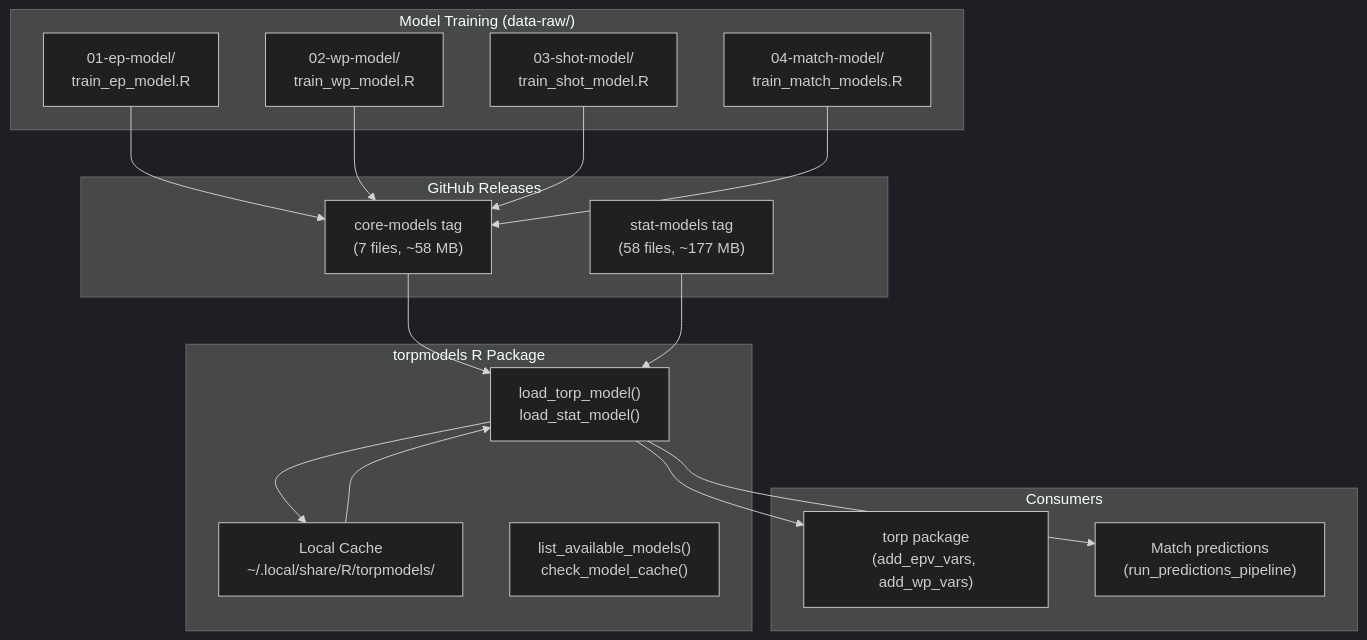
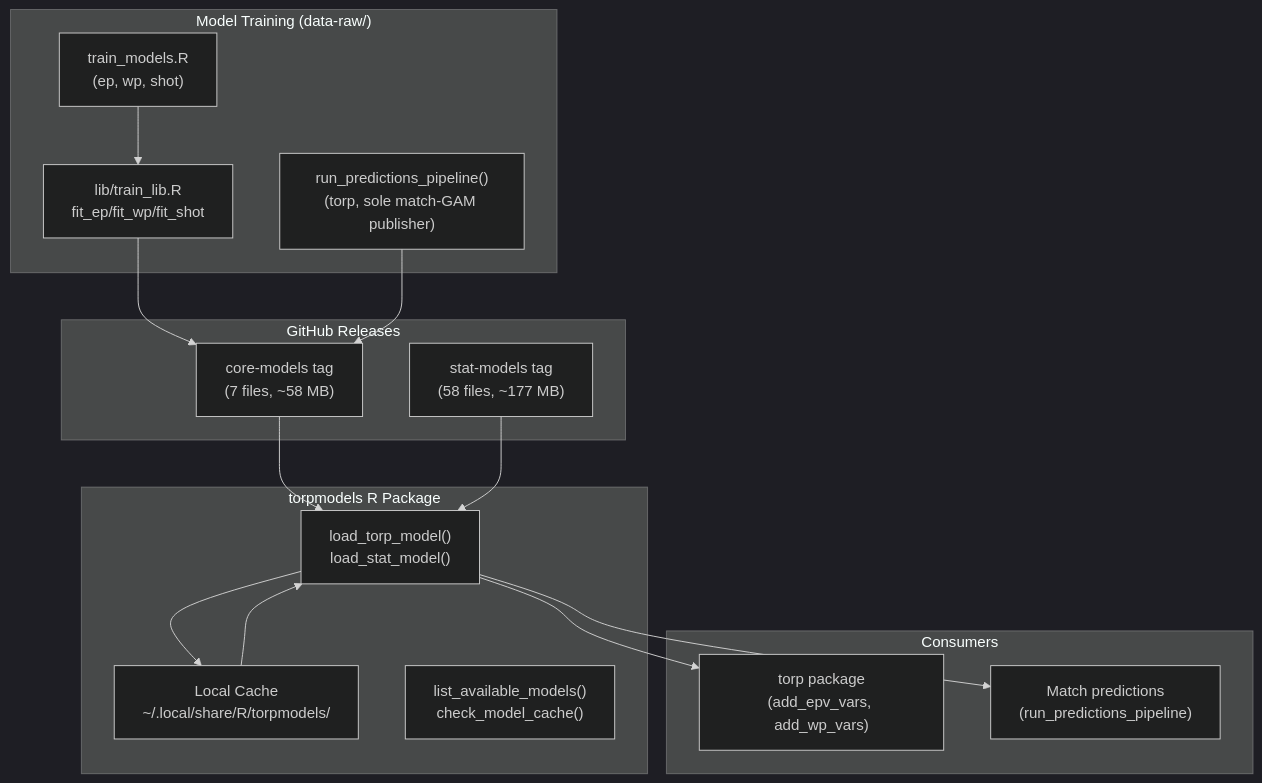
The first of 2 diagrams in ARCHITECTURE.md (peteowen1/torpmodels), drawn with Mermaid (dark theme) before and after one commit. The commit also changed other lines of this file and 12 other files, not shown here.

````diff
--- a/ARCHITECTURE.md
+++ b/ARCHITECTURE.md
@@ -11,37 +11,35 @@
 ```mermaid
 graph TB
     subgraph Training["Model Training (data-raw/)"]
-        EP_TRAIN["01-ep-model/<br/>train_ep_model.R"]
-        WP_TRAIN["02-wp-model/<br/>train_wp_model.R"]
-        SHOT_TRAIN["03-shot-model/<br/>train_shot_model.R"]
-        MATCH_TRAIN["04-match-model/<br/>train_match_models.R"]
+        TRAIN_CLI["train_models.R<br/>(ep, wp, shot)"]
+        TRAIN_LIB["lib/train_lib.R<br/>fit_ep/fit_wp/fit_shot"]
+        MATCH_TRAIN["run_predictions_pipeline()<br/>(torp, sole match-GAM publisher)"]
     end
 
     subgraph GH["GitHub Releases"]
         CORE["core-models tag<br/>(7 files, ~58 MB)"]
         STAT["stat-models tag<br/>(58 files, ~177 MB)"]
     end
 
     subgraph Package["torpmodels R Package"]
         LOAD["load_torp_model()<br/>load_stat_model()"]
         CACHE_DIR["Local Cache<br/>~/.local/share/R/torpmodels/"]
         LIST["list_available_models()<br/>check_model_cache()"]
     end
 
     subgraph Consumers["Consumers"]
         TORP_PKG["torp package<br/>(add_epv_vars, add_wp_vars)"]
         PREDICT["Match predictions<br/>(run_predictions_pipeline)"]
     end
 
-    EP_TRAIN --> CORE
-    WP_TRAIN --> CORE
-    SHOT_TRAIN --> CORE
+    TRAIN_CLI --> TRAIN_LIB
+    TRAIN_LIB --> CORE
     MATCH_TRAIN --> CORE
 
     CORE --> LOAD
     STAT --> LOAD
     LOAD --> CACHE_DIR
     CACHE_DIR --> LOAD
     LOAD --> TORP_PKG
     LOAD --> PREDICT
 ```
````
